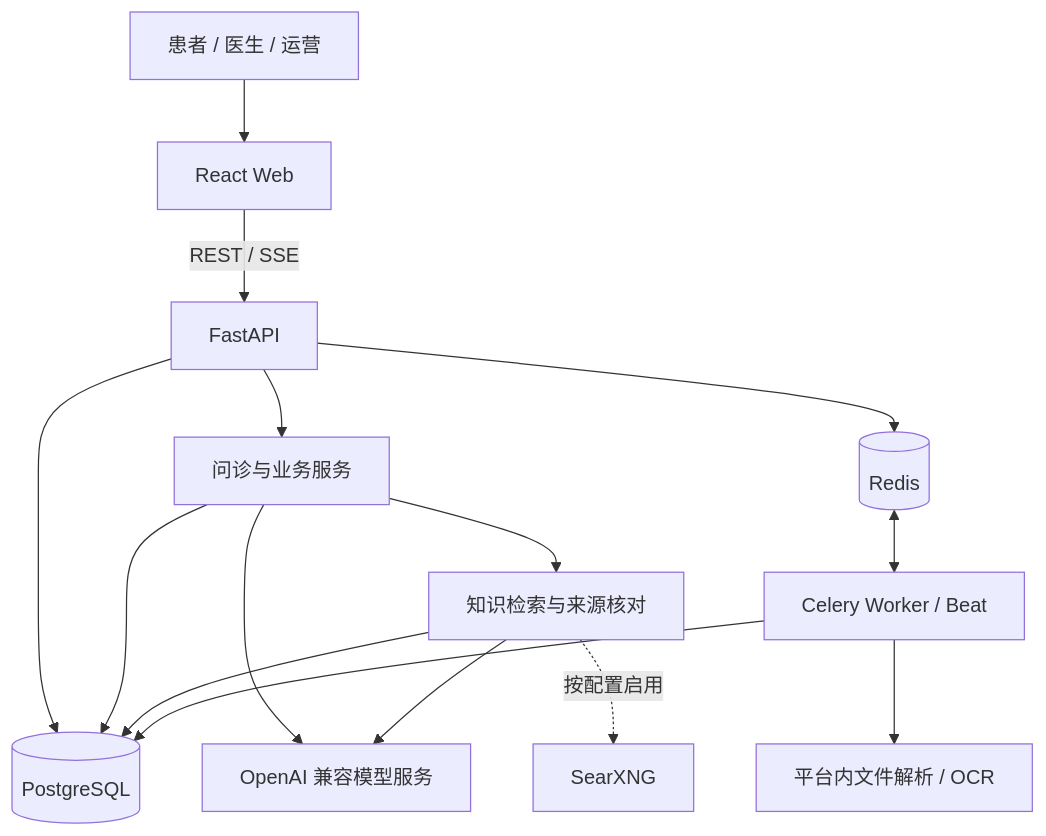
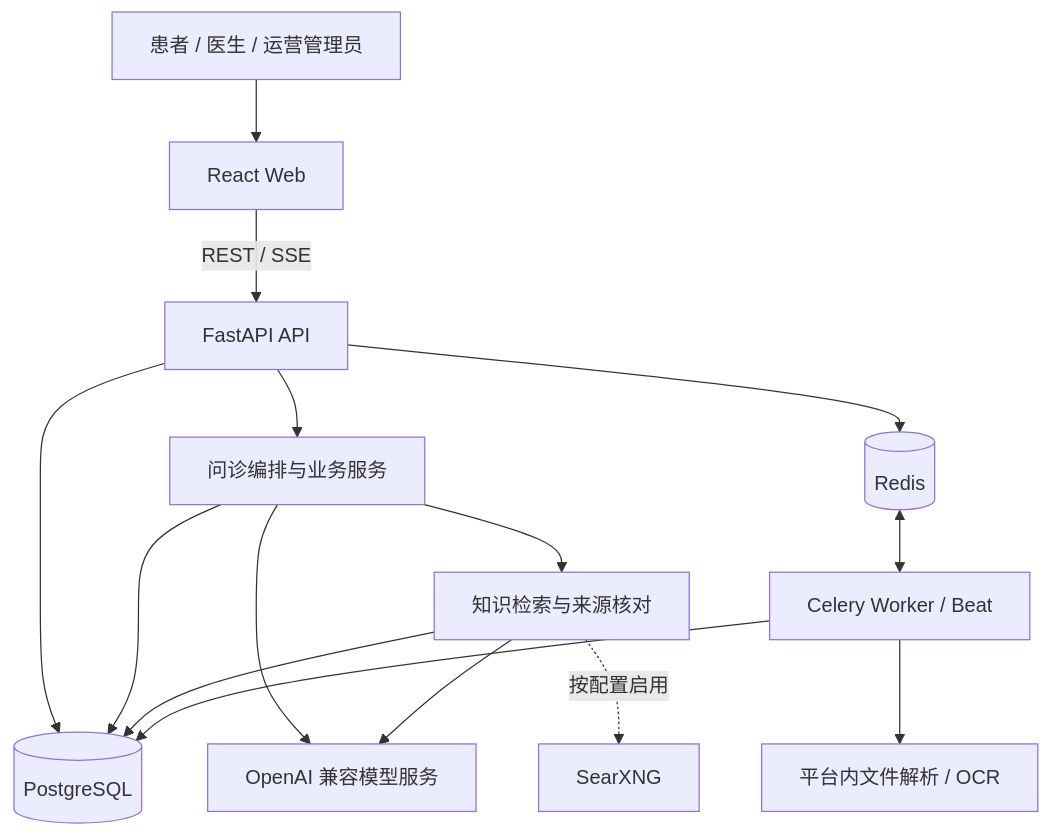
One commit to Echogithu/medaxis changed the third of 3 diagrams in README.md. Above: the diagram before and after it, drawn with Mermaid. The commit also changed other lines of this file, not shown here.

````diff
--- a/README.md
+++ b/README.md
@@ -120,17 +109,17 @@
 ```mermaid
 flowchart TD
-  U[患者 / 医生 / 运营] --> W[React Web]
-  W -->|REST / SSE| A[FastAPI]
-  A --> S[问诊与业务服务]
+  U[患者 / 医生 / 运营管理员] --> W[React Web]
+  W -->|REST / SSE| A[FastAPI API]
+  A --> S[问诊编排与业务服务]
   A --> D[(PostgreSQL)]
   S --> D
   S --> R[知识检索与来源核对]
   R --> D
   S --> M[OpenAI 兼容模型服务]
   R --> M
   R -. 按配置启用 .-> X[SearXNG]
   A --> Q[(Redis)]
   Q <--> C[Celery Worker / Beat]
   C --> D
   C --> O[平台内文件解析 / OCR]
 ```
````
